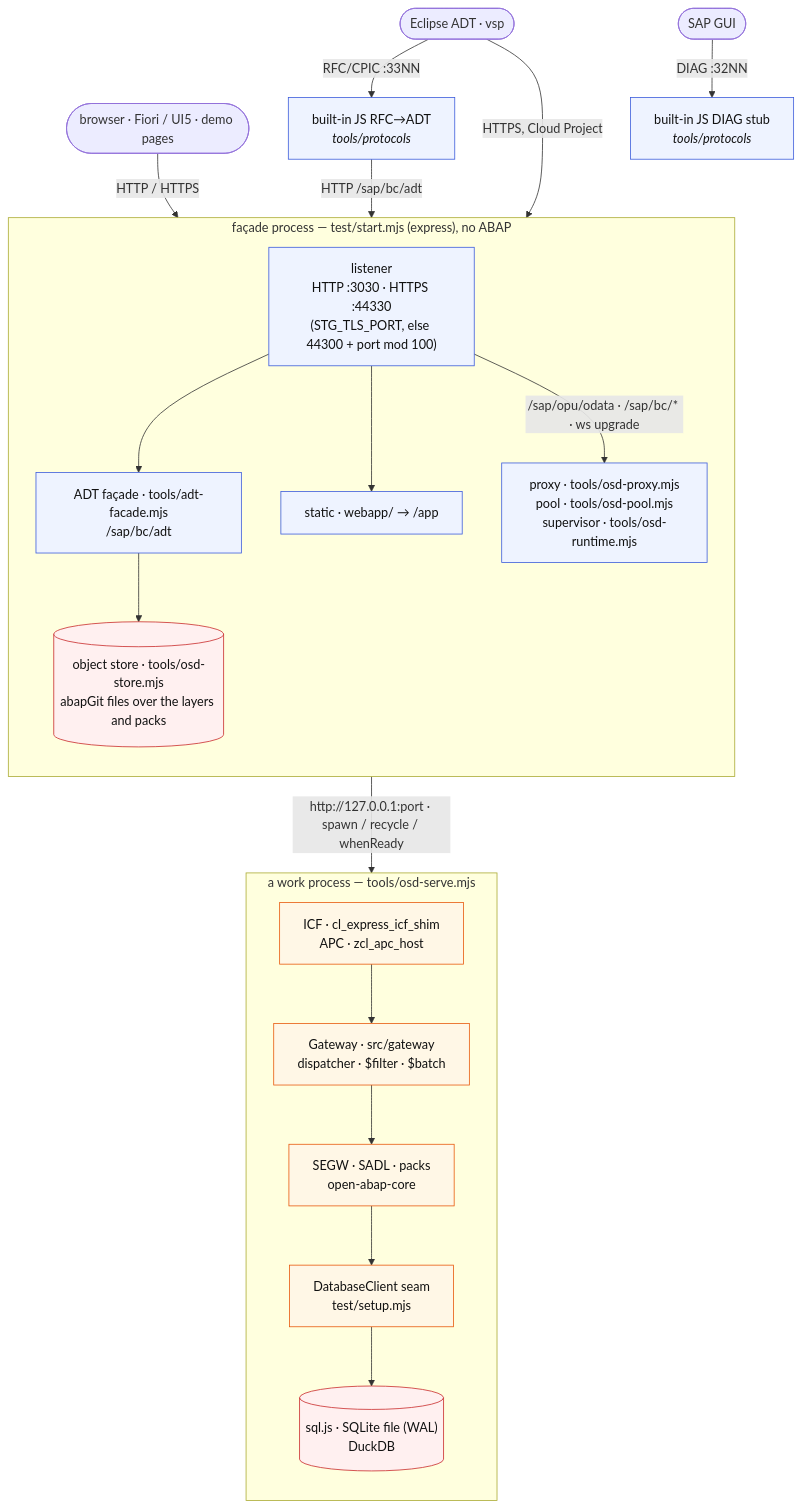
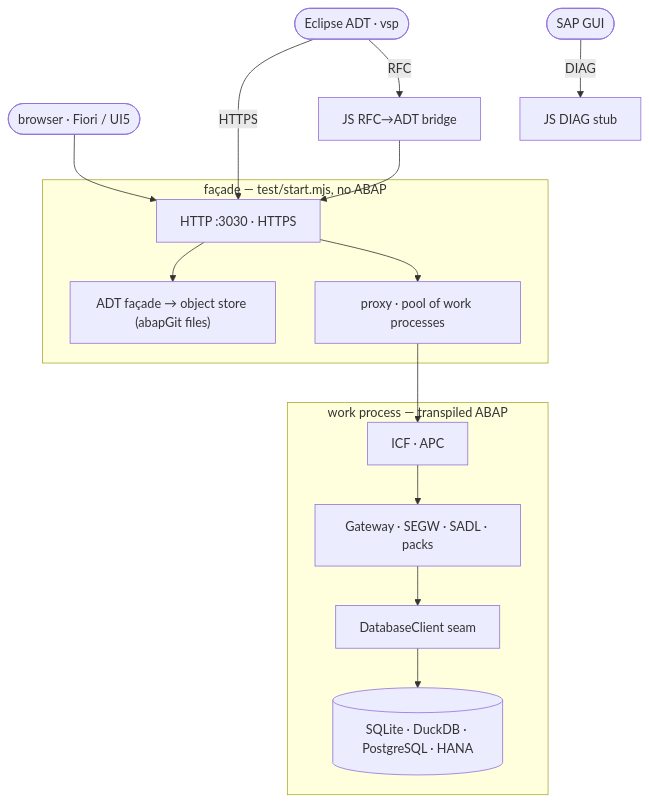
Before and after one commit to oisee/open-steamgate: the diagram in README.md, drawn with Mermaid. The commit also changed other lines of this file, not shown here.

````diff
--- a/README.md
+++ b/README.md
@@ -308,43 +88,22 @@
 ```mermaid
 flowchart TB
-  BROWSER(["browser · Fiori / UI5 · demo pages"])
+  BROWSER(["browser · Fiori / UI5"])
   ECLIPSE(["Eclipse ADT · vsp"])
   GUI(["SAP GUI"])
-  BRIDGE["built-in JS RFC→ADT<br/><i>tools/protocols</i>"]
-  DIAG["built-in JS DIAG stub<br/><i>tools/protocols</i>"]
-
-  subgraph facade["façade process — test/start.mjs (express), no ABAP"]
-    direction TB
-    LISTEN["listener<br/>HTTP :3030 · HTTPS :44330<br/>(STG_TLS_PORT, else 44300 + port mod 100)"]
-    ADT["ADT façade · tools/adt-facade.mjs<br/>/sap/bc/adt"]
-    STORE[("object store · tools/osd-store.mjs<br/>abapGit files over the layers and packs")]
-    STATIC["static · webapp/ → /app"]
-    PROXY["proxy · tools/osd-proxy.mjs<br/>pool · tools/osd-pool.mjs<br/>supervisor · tools/osd-runtime.mjs"]
-    LISTEN --> ADT --> STORE
-    LISTEN --> STATIC
-    LISTEN -- "/sap/opu/odata · /sap/bc/* · ws upgrade" --> PROXY
+  BRIDGE["JS RFC→ADT bridge"]
+  DIAG["JS DIAG stub"]
+  subgraph facade["façade — test/start.mjs, no ABAP"]
+    LISTEN["HTTP :3030 · HTTPS"]
+    ADT["ADT façade → object store (abapGit files)"]
+    PROXY["proxy · pool of work processes"]
   end
-
-  subgraph runtime["a work process — tools/osd-serve.mjs"]
-    direction TB
-    ICF["ICF · cl_express_icf_shim<br/>APC · zcl_apc_host"]
-    GW["Gateway · src/gateway<br/>dispatcher · $filter · $batch"]
-    APP["SEGW · SADL · packs<br/>open-abap-core"]
-    SEAM["DatabaseClient seam<br/>test/setup.mjs"]
-    DB[("sql.js · SQLite file (WAL)<br/>DuckDB")]
-    ICF --> GW --> APP --> SEAM --> DB
+  subgraph runtime["work process — transpiled ABAP"]
+    ICF["ICF · APC"] --> GW["Gateway · SEGW · SADL · packs"] --> SEAM["DatabaseClient seam"] --> DB[("SQLite · DuckDB · PostgreSQL · HANA")]
   end
-
-  BROWSER -- "HTTP / HTTPS" --> LISTEN
-  ECLIPSE -- "HTTPS, Cloud Project" --> LISTEN
-  ECLIPSE -- "RFC/CPIC :33NN" --> BRIDGE -- "HTTP /sap/bc/adt" --> LISTEN
-  GUI -- "DIAG :32NN" --> DIAG
-  PROXY -- "http://127.0.0.1:port · spawn / recycle / whenReady" --> ICF
-
-  classDef js fill:#eef3ff,stroke:#3b5bdb,color:#111
-  classDef abap fill:#fff7e6,stroke:#e8590c,color:#111
-  classDef store fill:#fff0f0,stroke:#c92a2a,color:#111
-  class LISTEN,ADT,STATIC,PROXY,BRIDGE,DIAG js
-  class ICF,GW,APP,SEAM abap
-  class STORE,DB store
+  BROWSER --> LISTEN
+  ECLIPSE -- "HTTPS" --> LISTEN
+  ECLIPSE -- "RFC" --> BRIDGE --> LISTEN
+  GUI -- "DIAG" --> DIAG
+  LISTEN --> ADT
+  LISTEN --> PROXY --> ICF
 ```
````
